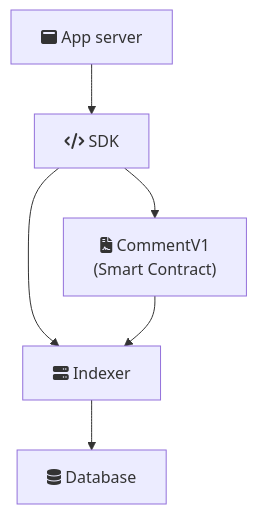
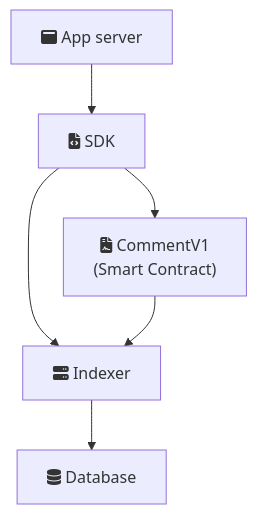
One commit to ecp-eth/comments-monorepo changed the diagram in docs/pages/architecture-overview.mdx. Above: the diagram before and after it, drawn with Mermaid. The commit also changed other lines of this file and 3 other files, not shown here.

````diff
--- a/docs/pages/architecture-overview.mdx
+++ b/docs/pages/architecture-overview.mdx
@@ -7,8 +7,8 @@
 ```mermaid
 graph TD
-    A[fa:fa-window-maximize App server] --> B[fa:fa-code SDK]
+    A[fa:fa-window-maximize App server] --> B["fa:fa-file-code SDK"]
     B --> C["fa:fa-file-contract CommentV1\n(Smart Contract)"]
     B --> D[fa:fa-server Indexer]
     D --> E[fa:fa-database Database]
     C --> D
 ```
````
